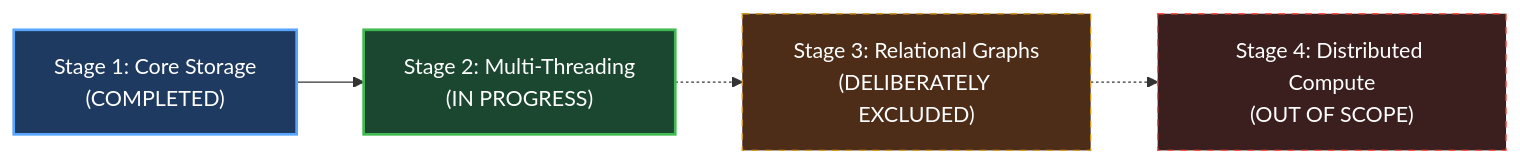
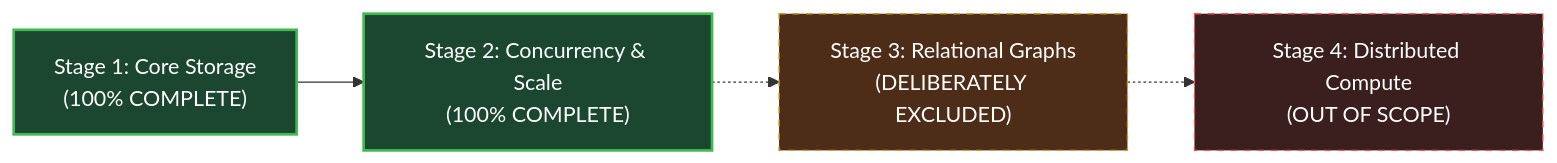
The diagram in README.md (TomWeimer/arche-ecs), drawn with Mermaid before and after one commit. The commit also changed other lines of this file, not shown here.

Commit message:
Docs: Complete overhaul of README.md for Stage 2, modern API, and 2M comparative benchmarks

````diff
--- a/README.md
+++ b/README.md
@@ -360,11 +545,11 @@
 ```mermaid
 flowchart LR
-    S1["Stage 1: Core Storage<br>(COMPLETED)"] --> S2["Stage 2: Multi-Threading<br>(IN PROGRESS)"]
+    S1["Stage 1: Core Storage<br>(100% COMPLETE)"] --> S2["Stage 2: Concurrency & Scale<br>(100% COMPLETE)"]
     S2 -.-> S3["Stage 3: Relational Graphs<br>(DELIBERATELY EXCLUDED)"]
     S3 -.-> S4["Stage 4: Distributed Compute<br>(OUT OF SCOPE)"]
 
-    style S1 fill:#1f3a60,stroke:#58a6ff,stroke-width:2px,color:#fff
+    style S1 fill:#1b4731,stroke:#3fb950,stroke-width:2px,color:#fff
     style S2 fill:#1b4731,stroke:#3fb950,stroke-width:2px,color:#fff
     style S3 fill:#4d2d18,stroke:#d29922,stroke-width:1px,stroke-dasharray: 5 5,color:#fff
     style S4 fill:#3b1e1e,stroke:#f85149,stroke-width:1px,stroke-dasharray: 5 5,color:#fff
 ```
````
